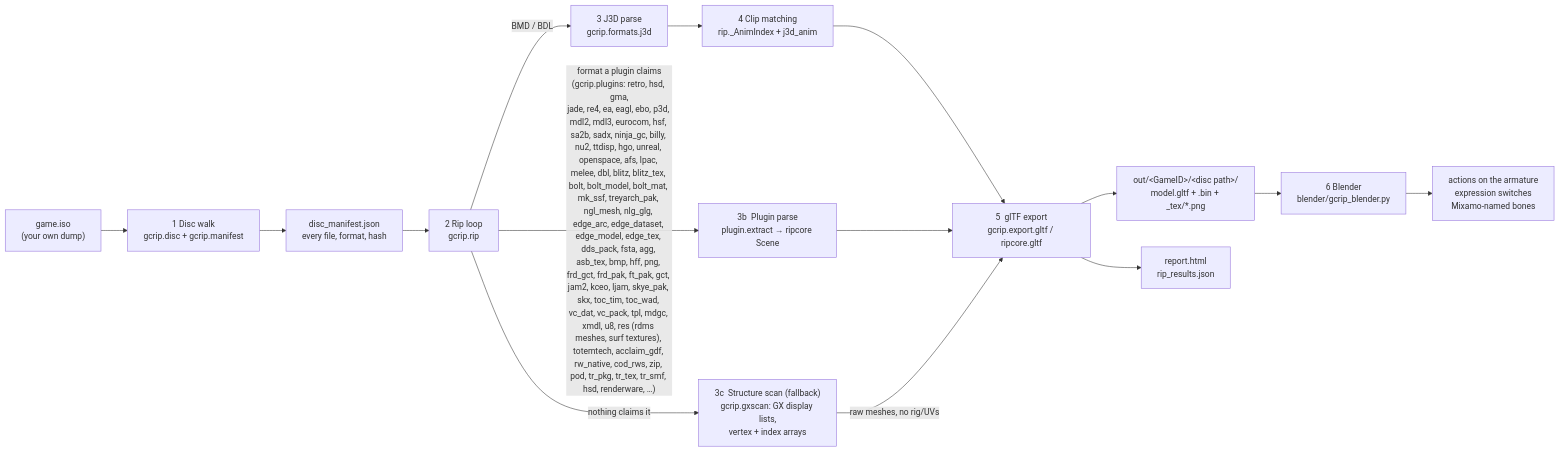
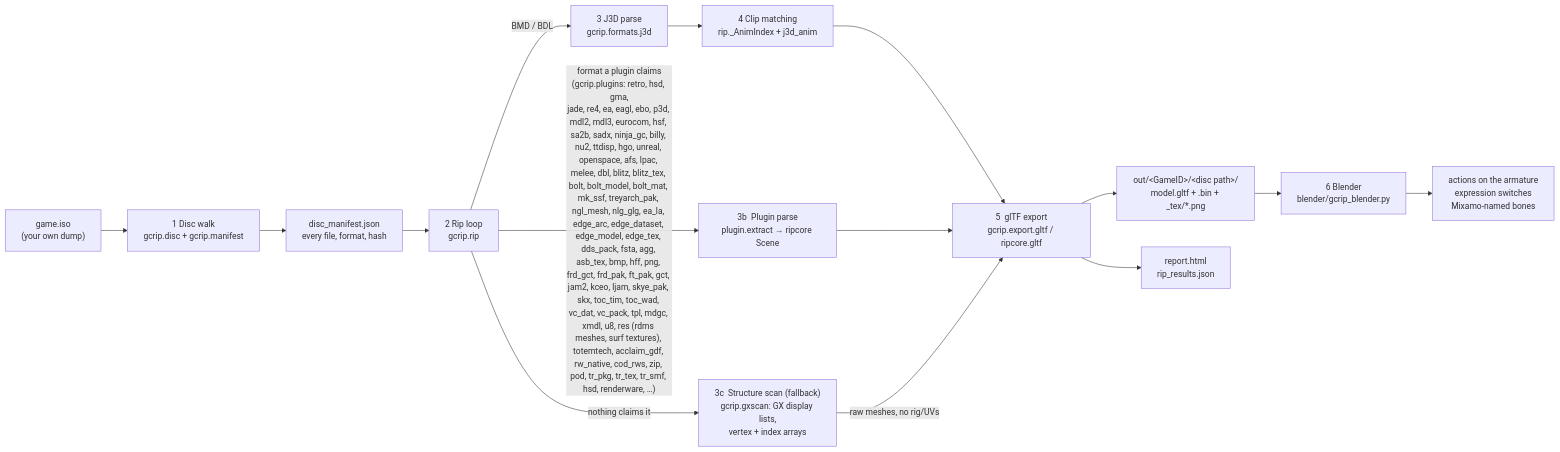
Before and after one commit to Felbs/3d-ripper-9000: the first of 10 diagrams in docs/PIPELINE.md, drawn with Mermaid. The commit also changed other lines of this file and 8 other files, not shown here.

First line of the commit message:
gcrip ea_la: Medal of Honor Frontline .msh meshes and .cpt compartments (EA LA 2002, read from the shipped ELF symbols), SHPG materials shared through the level art file

````diff
--- a/docs/PIPELINE.md
+++ b/docs/PIPELINE.md
@@ -11,17 +11,17 @@
 ```mermaid
 flowchart LR
     ISO["game.iso<br/>(your own dump)"] --> WALK["1  Disc walk<br/>gcrip.disc + gcrip.manifest"]
     WALK --> MAN["disc_manifest.json<br/>every file, format, hash"]
     MAN --> RIP["2  Rip loop<br/>gcrip.rip"]
     RIP -->|"BMD / BDL"| J3D["3  J3D parse<br/>gcrip.formats.j3d"]
-    RIP -->|"format a plugin claims<br/>(gcrip.plugins: retro, hsd, gma,<br/>jade, re4, ea, eagl, ebo, p3d, mdl2, mdl3, eurocom, hsf, sa2b, sadx, ninja_gc, billy, nu2, ttdisp, hgo, unreal, openspace, afs, lpac, melee, dbl, blitz, blitz_tex, bolt, bolt_model, bolt_mat, mk_ssf, treyarch_pak, ngl_mesh, nlg_glg, edge_arc, edge_dataset, edge_model, edge_tex, dds_pack, fsta, agg, asb_tex, bmp, hff, png, frd_gct, frd_pak, ft_pak, gct, jam2, kceo, ljam, skye_pak, skx, toc_tim, toc_wad, vc_dat, vc_pack, tpl, mdgc, xmdl, u8, res (rdms meshes, surf textures), totemtech, acclaim_gdf, rw_native, cod_rws, zip, pod, tr_pkg, tr_tex, tr_smf, hsd, renderware, …)"| PLUG["3b  Plugin parse<br/>plugin.extract → ripcore Scene"]
+    RIP -->|"format a plugin claims<br/>(gcrip.plugins: retro, hsd, gma,<br/>jade, re4, ea, eagl, ebo, p3d, mdl2, mdl3, eurocom, hsf, sa2b, sadx, ninja_gc, billy, nu2, ttdisp, hgo, unreal, openspace, afs, lpac, melee, dbl, blitz, blitz_tex, bolt, bolt_model, bolt_mat, mk_ssf, treyarch_pak, ngl_mesh, nlg_glg, ea_la, edge_arc, edge_dataset, edge_model, edge_tex, dds_pack, fsta, agg, asb_tex, bmp, hff, png, frd_gct, frd_pak, ft_pak, gct, jam2, kceo, ljam, skye_pak, skx, toc_tim, toc_wad, vc_dat, vc_pack, tpl, mdgc, xmdl, u8, res (rdms meshes, surf textures), totemtech, acclaim_gdf, rw_native, cod_rws, zip, pod, tr_pkg, tr_tex, tr_smf, hsd, renderware, …)"| PLUG["3b  Plugin parse<br/>plugin.extract → ripcore Scene"]
     RIP -->|"nothing claims it"| GX["3c  Structure scan (fallback)<br/>gcrip.gxscan: GX display lists,<br/>vertex + index arrays"]
     J3D --> ANIM["4  Clip matching<br/>rip._AnimIndex + j3d_anim"]
     ANIM --> GLTF["5  glTF export<br/>gcrip.export.gltf / ripcore.gltf"]
     PLUG --> GLTF
     GX -->|"raw meshes, no rig/UVs"| GLTF
     GLTF --> OUT["out/&lt;GameID&gt;/&lt;disc path&gt;/<br/>model.gltf + .bin + _tex/*.png"]
     GLTF --> REP["report.html<br/>rip_results.json"]
     OUT --> BL["6  Blender<br/>blender/gcrip_blender.py"]
     BL --> PLAY["actions on the armature<br/>expression switches<br/>Mixamo-named bones"]
 ```
````
